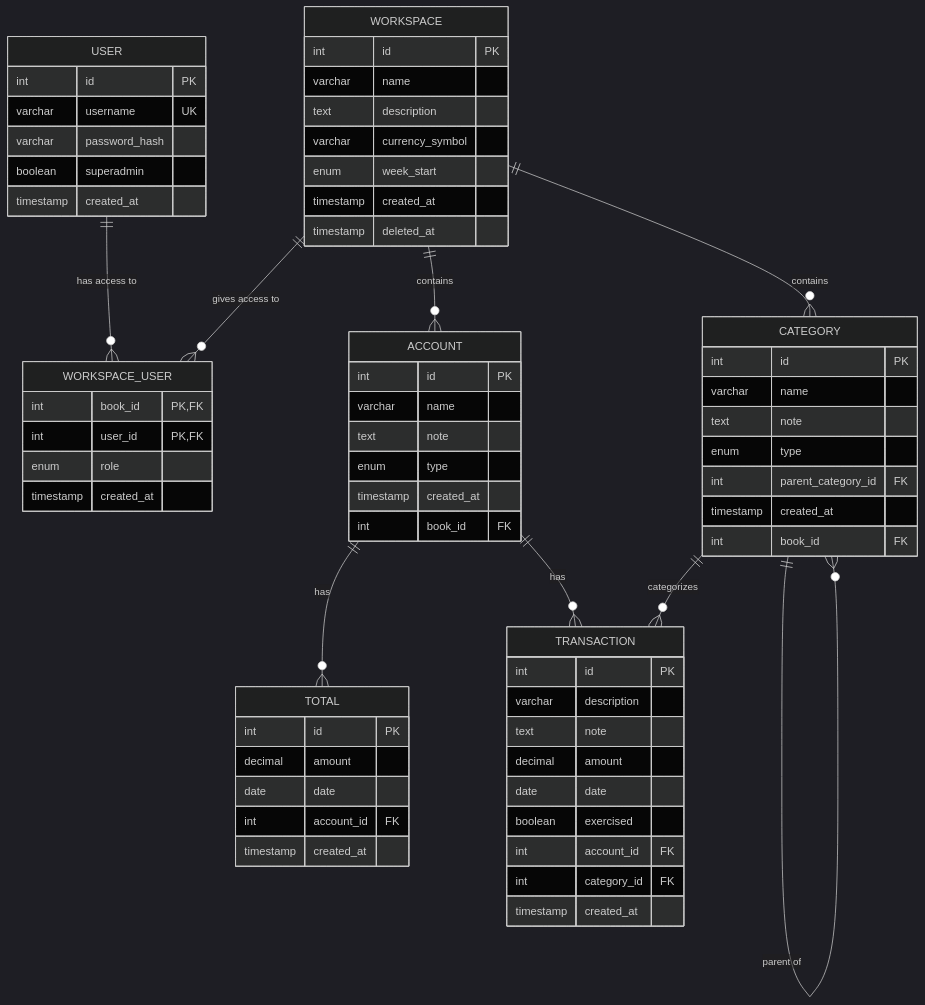
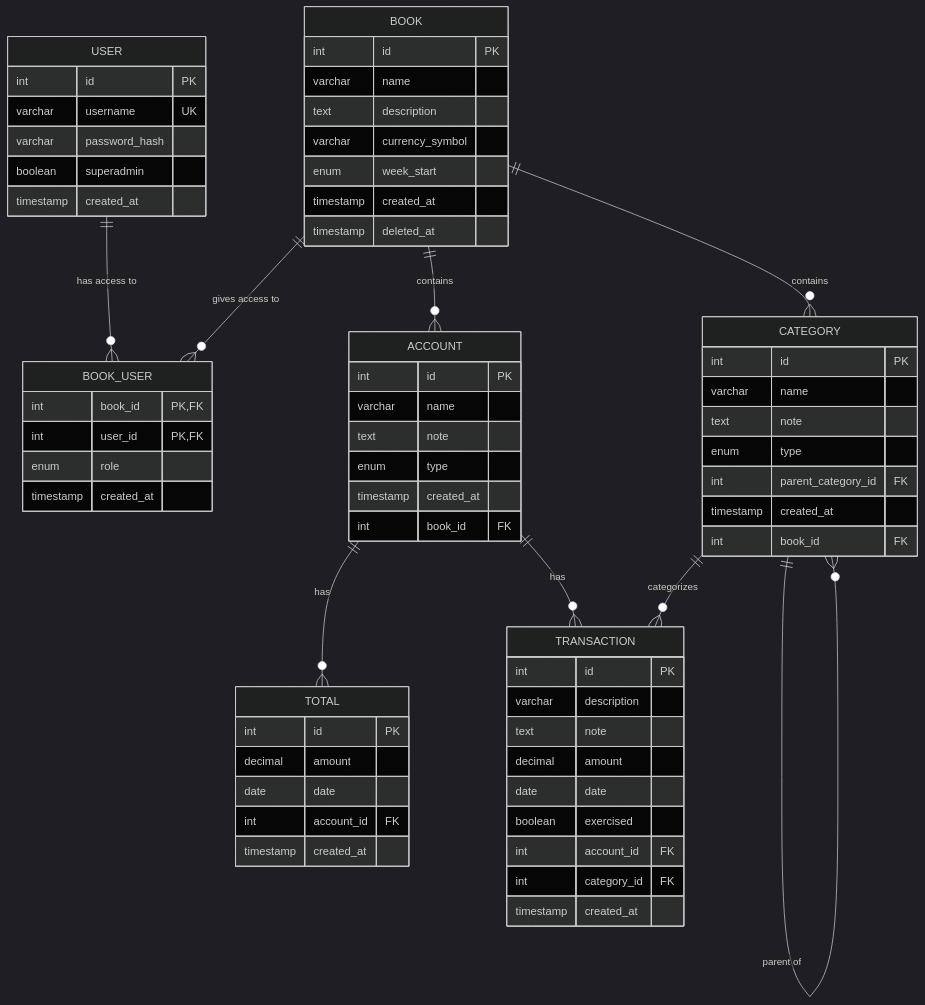
Before and after one commit to levhita/tomas: the diagram in api/db/diagram.md, drawn with Mermaid (dark theme). The commit also changed 15 other files, not shown here.

````diff
--- a/api/db/diagram.md
+++ b/api/db/diagram.md
@@ -2,75 +2,75 @@
 ```mermaid
 erDiagram
     USER {
         int id PK
         varchar username UK
         varchar password_hash
         boolean superadmin
         timestamp created_at
     }
     
-    WORKSPACE {
+    BOOK {
         int id PK
         varchar name
         text description
         varchar currency_symbol
         enum week_start
         timestamp created_at
         timestamp deleted_at
     }
     
-    WORKSPACE_USER {
+    BOOK_USER {
         int book_id PK,FK
         int user_id PK,FK
         enum role
         timestamp created_at
     }
     
     ACCOUNT {
         int id PK
         varchar name
         text note
         enum type
         timestamp created_at
         int book_id FK
     }
     
     TOTAL {
         int id PK
         decimal amount
         date date
         int account_id FK
         timestamp created_at
     }
     
     CATEGORY {
         int id PK
         varchar name
         text note
         enum type
         int parent_category_id FK
         timestamp created_at
         int book_id FK
     }
     
     TRANSACTION {
         int id PK
         varchar description
         text note
         decimal amount
         date date
         boolean exercised
         int account_id FK
         int category_id FK
         timestamp created_at
     }
     
-    USER ||--o{ WORKSPACE_USER : "has access to"
-    WORKSPACE ||--o{ WORKSPACE_USER : "gives access to"
-    WORKSPACE ||--o{ ACCOUNT : "contains"
-    WORKSPACE ||--o{ CATEGORY : "contains"
+    USER ||--o{ BOOK_USER : "has access to"
+    BOOK ||--o{ BOOK_USER : "gives access to"
+    BOOK ||--o{ ACCOUNT : "contains"
+    BOOK ||--o{ CATEGORY : "contains"
     ACCOUNT ||--o{ TRANSACTION : "has"
     ACCOUNT ||--o{ TOTAL : "has"
     CATEGORY ||--o{ TRANSACTION : "categorizes"
     CATEGORY ||--o{ CATEGORY : "parent of"
 ```
````
